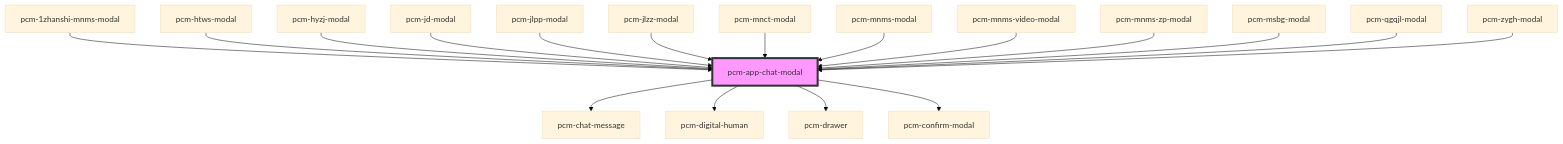
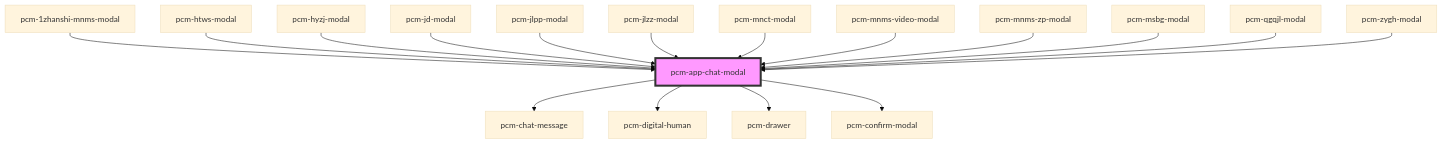
Before and after one commit to Pincaimao/pcm-agents-sdk: the diagram in packages/pcm-agents/docs/components/pcm-app-chat-modal/readme.md, drawn with Mermaid (base theme). The commit also changed other lines of this file and 12 other files, not shown here.

````diff
--- a/packages/pcm-agents/docs/components/pcm-app-chat-modal/readme.md
+++ b/packages/pcm-agents/docs/components/pcm-app-chat-modal/readme.md
@@ -74,21 +73,20 @@
 ```mermaid
 graph TD;
   pcm-app-chat-modal --> pcm-chat-message
   pcm-app-chat-modal --> pcm-digital-human
   pcm-app-chat-modal --> pcm-drawer
   pcm-app-chat-modal --> pcm-confirm-modal
   pcm-1zhanshi-mnms-modal --> pcm-app-chat-modal
   pcm-htws-modal --> pcm-app-chat-modal
   pcm-hyzj-modal --> pcm-app-chat-modal
   pcm-jd-modal --> pcm-app-chat-modal
   pcm-jlpp-modal --> pcm-app-chat-modal
   pcm-jlzz-modal --> pcm-app-chat-modal
   pcm-mnct-modal --> pcm-app-chat-modal
-  pcm-mnms-modal --> pcm-app-chat-modal
   pcm-mnms-video-modal --> pcm-app-chat-modal
   pcm-mnms-zp-modal --> pcm-app-chat-modal
   pcm-msbg-modal --> pcm-app-chat-modal
   pcm-qgqjl-modal --> pcm-app-chat-modal
   pcm-zygh-modal --> pcm-app-chat-modal
   style pcm-app-chat-modal fill:#f9f,stroke:#333,stroke-width:4px
 ```
````
